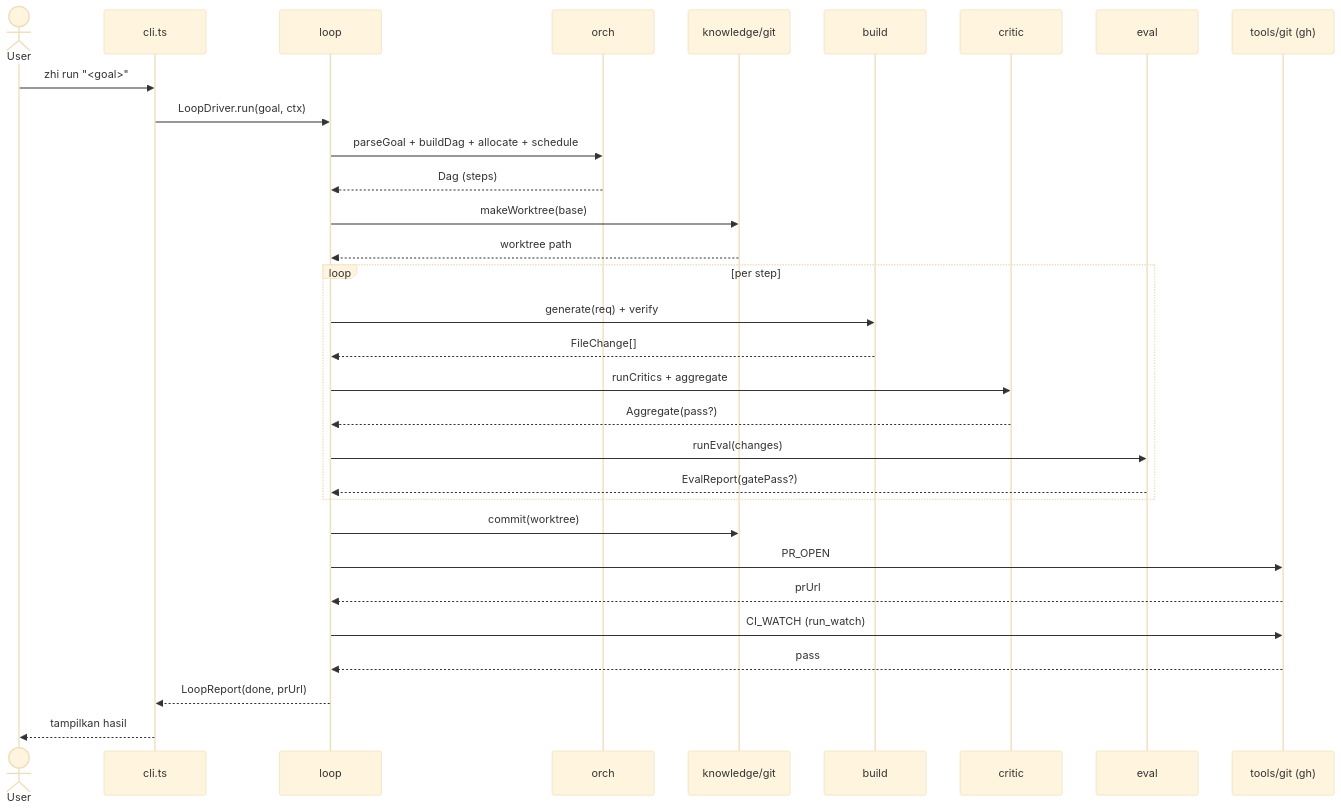
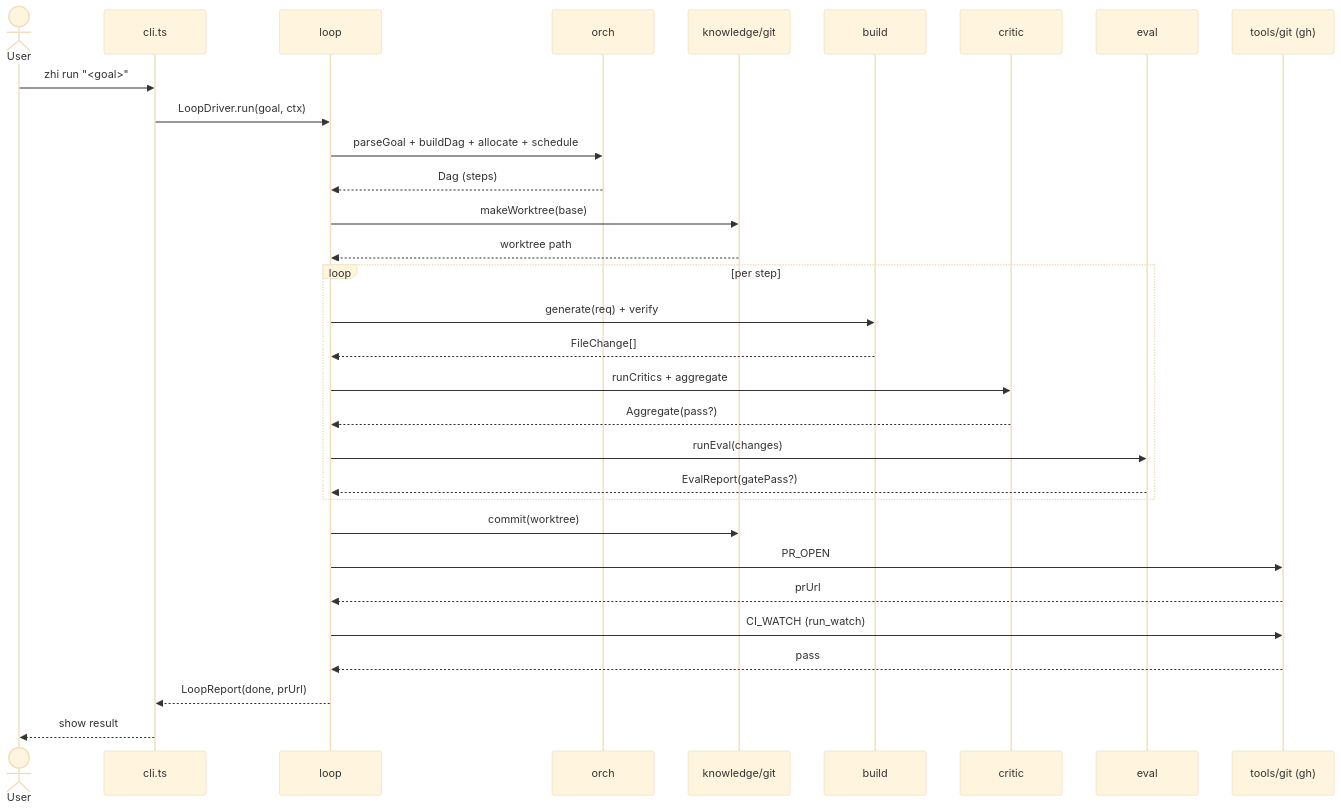
One commit to miruamel/zhi changed the first of 4 diagrams in docs/design/sequences.md. Above: the diagram before and after it, drawn with Mermaid (base theme). The commit also changed other lines of this file and 33 other files, not shown here.

First line of the commit message:
docs(i18n): translate README + docs/{ARCHITECTURE,configuration,security,observability,design,guides,standards,runbooks,examples} to English

````diff
--- a/docs/design/sequences.md
+++ b/docs/design/sequences.md
@@ -7,34 +7,34 @@
 ```mermaid
 sequenceDiagram
   actor U as User
   participant CLI as cli.ts
   participant L as loop
   participant O as orch
   participant K as knowledge/git
   participant B as build
   participant C as critic
   participant E as eval
   participant G as tools/git (gh)
 
   U->>CLI: zhi run "<goal>"
   CLI->>L: LoopDriver.run(goal, ctx)
   L->>O: parseGoal + buildDag + allocate + schedule
   O-->>L: Dag (steps)
   L->>K: makeWorktree(base)
   K-->>L: worktree path
   loop per step
     L->>B: generate(req) + verify
     B-->>L: FileChange[]
     L->>C: runCritics + aggregate
     C-->>L: Aggregate(pass?)
     L->>E: runEval(changes)
     E-->>L: EvalReport(gatePass?)
   end
   L->>K: commit(worktree)
   L->>G: PR_OPEN
   G-->>L: prUrl
   L->>G: CI_WATCH (run_watch)
   G-->>L: pass
   L-->>CLI: LoopReport(done, prUrl)
-  CLI-->>U: tampilkan hasil
+  CLI-->>U: show result
 ```
````
